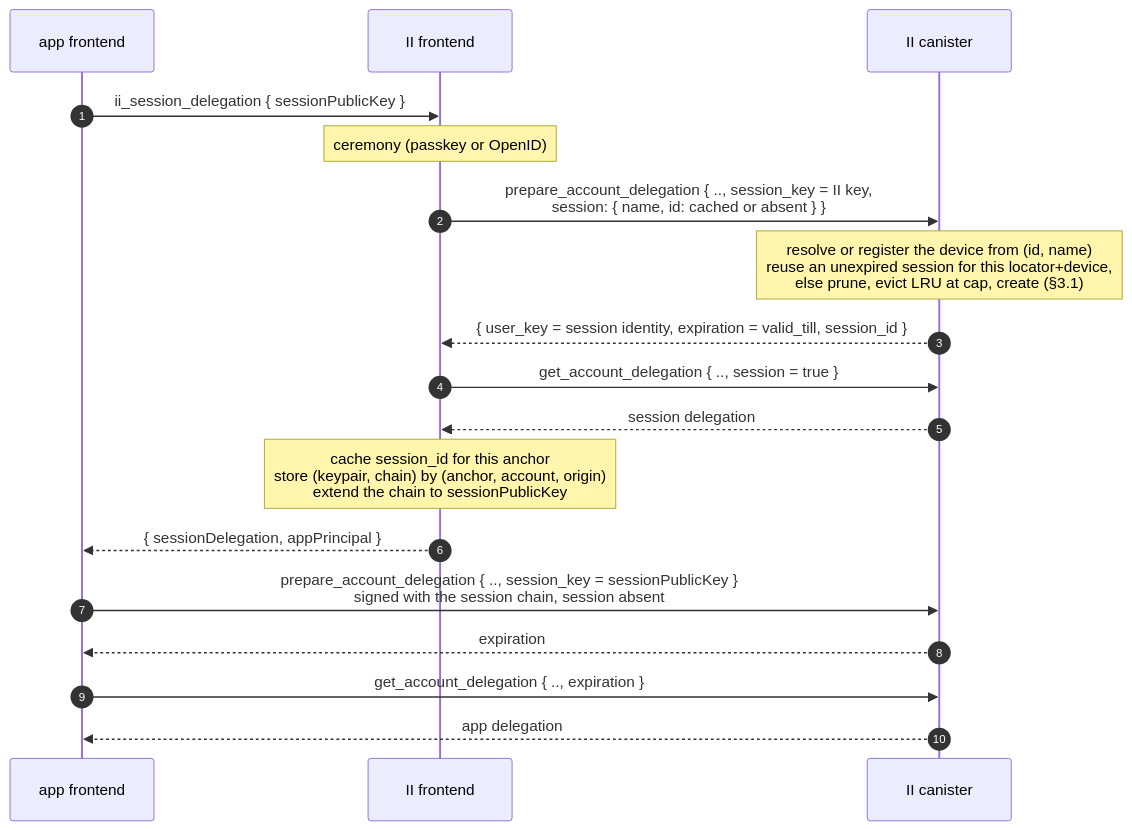
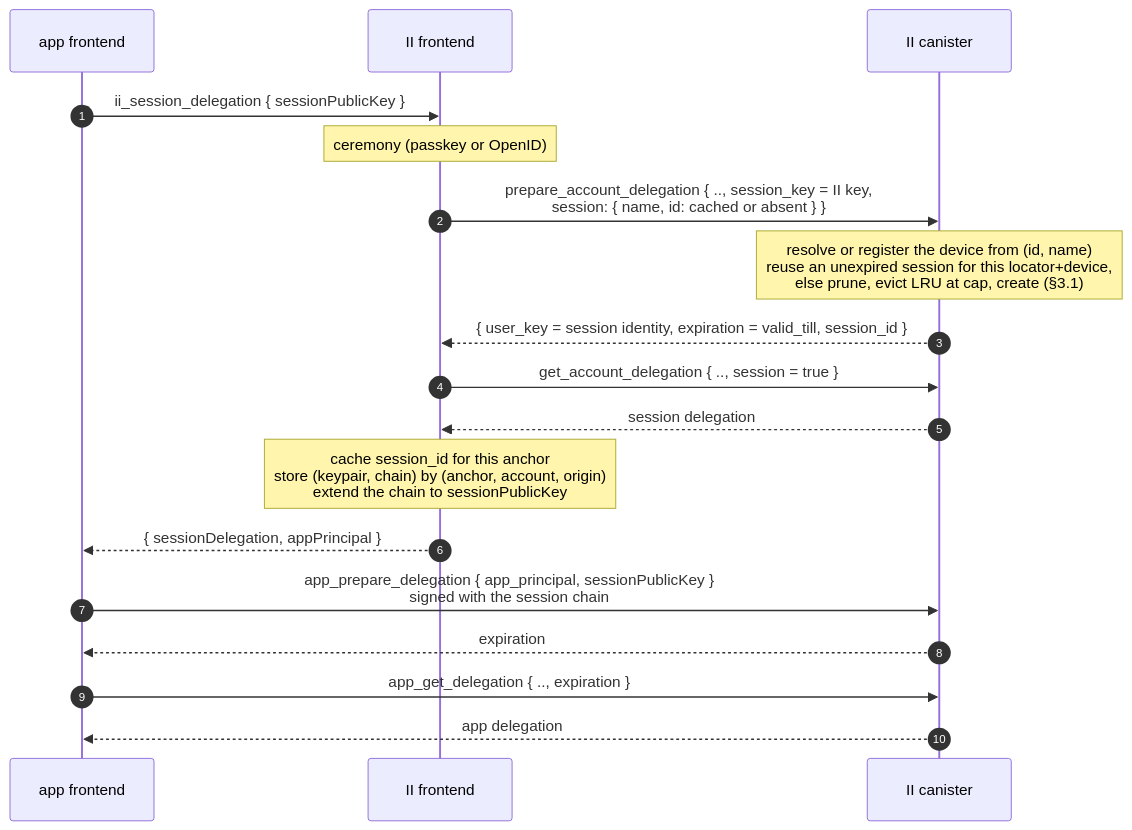
Before and after one commit to dfinity/internet-identity: the third of 7 diagrams in docs/ongoing/revocable-app-sessions.md, drawn with Mermaid. The commit also changed other lines of this file, not shown here.

````diff
--- a/docs/ongoing/revocable-app-sessions.md
+++ b/docs/ongoing/revocable-app-sessions.md
@@ -207,20 +268,20 @@
 ```mermaid
 sequenceDiagram
     autonumber
     participant App as app frontend
     participant IIF as II frontend
     participant IIC as II canister
     App->>IIF: ii_session_delegation { sessionPublicKey }
     Note over IIF: ceremony (passkey or OpenID)
     IIF->>IIC: prepare_account_delegation { .., session_key = II key,<br/>session: { name, id: cached or absent } }
     Note over IIC: resolve or register the device from (id, name)<br/>reuse an unexpired session for this locator+device,<br/>else prune, evict LRU at cap, create (§3.1)
     IIC-->>IIF: { user_key = session identity, expiration = valid_till, session_id }
     IIF->>IIC: get_account_delegation { .., session = true }
     IIC-->>IIF: session delegation
     Note over IIF: cache session_id for this anchor<br/>store (keypair, chain) by (anchor, account, origin)<br/>extend the chain to sessionPublicKey
     IIF-->>App: { sessionDelegation, appPrincipal }
-    App->>IIC: prepare_account_delegation { .., session_key = sessionPublicKey }<br/>signed with the session chain, session absent
+    App->>IIC: app_prepare_delegation { app_principal, sessionPublicKey }<br/>signed with the session chain
     IIC-->>App: expiration
-    App->>IIC: get_account_delegation { .., expiration }
+    App->>IIC: app_get_delegation { .., expiration }
     IIC-->>App: app delegation
 ```
````
